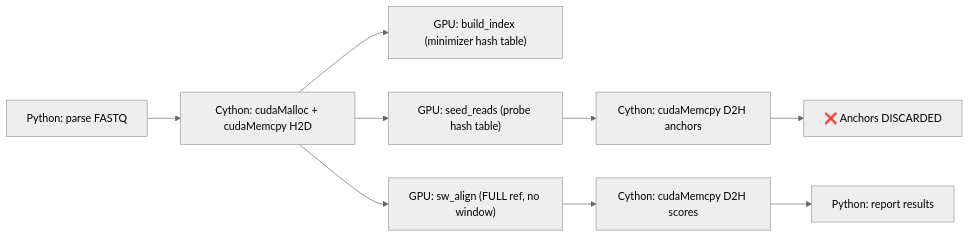
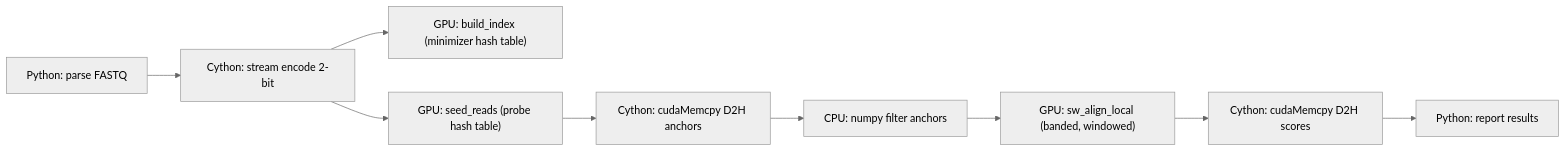
The first of 2 diagrams in GAP_ANALYSIS.md (s3644/HybAligner2), drawn with Mermaid (neutral theme) before and after one commit. The commit also changed other lines of this file and 11 other files, not shown here.

````diff
--- a/GAP_ANALYSIS.md
+++ b/GAP_ANALYSIS.md
@@ -21,11 +36,11 @@
 ```mermaid
 flowchart LR
-    A["Python: parse FASTQ"] --> B["Cython: cudaMalloc + cudaMemcpy H2D"]
+    A["Python: parse FASTQ"] --> B["Cython: stream encode 2-bit"]
     B --> C["GPU: build_index (minimizer hash table)"]
     B --> D["GPU: seed_reads (probe hash table)"]
     D --> E["Cython: cudaMemcpy D2H anchors"]
-    E --> F["❌ Anchors DISCARDED"]
-    B --> G["GPU: sw_align (FULL ref, no window)"]
+    E --> F["CPU: numpy filter anchors"]
+    F --> G["GPU: sw_align_local (banded, windowed)"]
     G --> H["Cython: cudaMemcpy D2H scores"]
     H --> I["Python: report results"]
 ```
````
